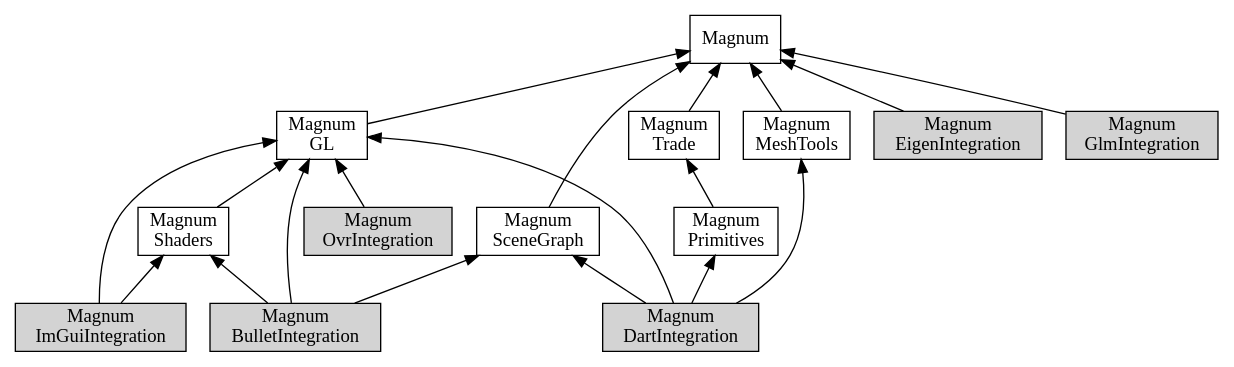
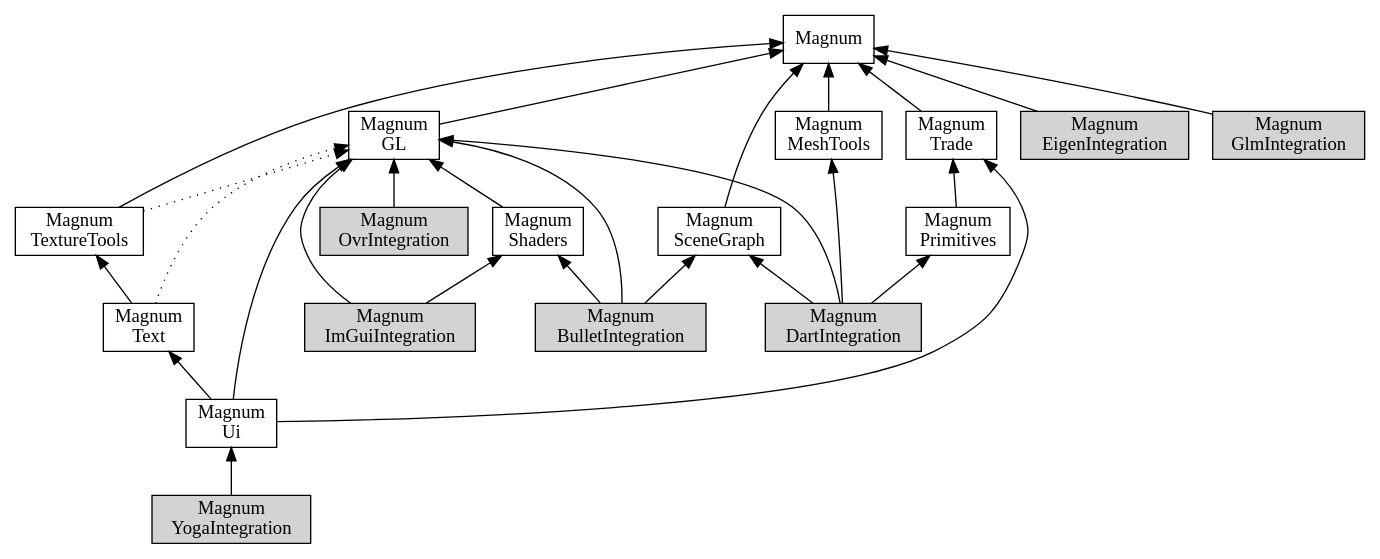
The diagram in doc/custom-buildsystems-integration-order.dot (mosra/magnum-integration), drawn with Graphviz before and after one commit. The commit also changed 23 other files, not shown here.

First line of the commit message:
YogaIntegration: new library, using Yoga as a layouter for Ui.

```diff
--- a/doc/custom-buildsystems-integration-order.dot
+++ b/doc/custom-buildsystems-integration-order.dot
@@ -1,69 +1,83 @@
 /*
     This file is part of Magnum.
 
     Copyright © 2010, 2011, 2012, 2013, 2014, 2015, 2016, 2017, 2018, 2019,
                 2020, 2021, 2022, 2023, 2024, 2025
               Vladimír Vondruš <mosra@centrum.cz>
 
     Permission is hereby granted, free of charge, to any person obtaining a
     copy of this software and associated documentation files (the "Software"),
     to deal in the Software without restriction, including without limitation
     the rights to use, copy, modify, merge, publish, distribute, sublicense,
     and/or sell copies of the Software, and to permit persons to whom the
     Software is furnished to do so, subject to the following conditions:
 
     The above copyright notice and this permission notice shall be included
     in all copies or substantial portions of the Software.
 
     THE SOFTWARE IS PROVIDED "AS IS", WITHOUT WARRANTY OF ANY KIND, EXPRESS OR
     IMPLIED, INCLUDING BUT NOT LIMITED TO THE WARRANTIES OF MERCHANTABILITY,
     FITNESS FOR A PARTICULAR PURPOSE AND NONINFRINGEMENT. IN NO EVENT SHALL
     THE AUTHORS OR COPYRIGHT HOLDERS BE LIABLE FOR ANY CLAIM, DAMAGES OR OTHER
     LIABILITY, WHETHER IN AN ACTION OF CONTRACT, TORT OR OTHERWISE, ARISING
     FROM, OUT OF OR IN CONNECTION WITH THE SOFTWARE OR THE USE OR OTHER
     DEALINGS IN THE SOFTWARE.
 */
 
 digraph "Magnum Integration dependency order" {
     rankdir=BT
     ranksep=0.5
     node [style=filled shape=rect margin="0.03,0.03"]
 
     Magnum [style=solid class="m-info"]
     MagnumGL [style=solid label="Magnum\nGL" class="m-info"]
     MagnumMeshTools [style=solid label="Magnum\nMeshTools" class="m-info"]
     MagnumPrimitives [style=solid label="Magnum\nPrimitives" class="m-info"]
     MagnumSceneGraph [style=solid label="Magnum\nSceneGraph" class="m-info"]
     MagnumShaders [style=solid label="Magnum\nShaders" class="m-info"]
     MagnumTrade [style=solid label="Magnum\nTrade" class="m-info"]
+    MagnumTextureTools [style=solid label="Magnum\nTextureTools" class="m-info"]
+    MagnumText [style=solid label="Magnum\nText" class="m-info"]
+
+    MagnumUi [style=solid label="Magnum\nUi" class="m-info"]
 
     MagnumBulletIntegration [label="Magnum\nBulletIntegration" class="m-info"]
     MagnumEigenIntegration [label="Magnum\nEigenIntegration" class="m-info"]
     MagnumDartIntegration [label="Magnum\nDartIntegration" class="m-info"]
     MagnumGlmIntegration [label="Magnum\nGlmIntegration" class="m-info"]
     MagnumImGuiIntegration [label="Magnum\nImGuiIntegration" class="m-info"]
     MagnumOvrIntegration [label="Magnum\nOvrIntegration" class="m-info"]
+    MagnumYogaIntegration [label="Magnum\nYogaIntegration" class="m-info"]
 
     MagnumGL -> Magnum [class="m-info"]
     MagnumMeshTools -> Magnum [class="m-info"]
     MagnumPrimitives -> MagnumTrade [class="m-info"]
     MagnumSceneGraph -> Magnum [class="m-info"]
     MagnumShaders -> MagnumGL [class="m-info"]
     MagnumTrade -> Magnum [class="m-info"]
+    MagnumText -> MagnumTextureTools [class="m-info"]
+    MagnumText -> MagnumGL [style=dotted class="m-info"]
+    MagnumTextureTools -> Magnum [class="m-info"]
+    MagnumTextureTools -> MagnumGL [style=dotted class="m-info"]
+
+    MagnumUi -> MagnumGL [class="m-info"]
+    MagnumUi -> MagnumText [class="m-info"]
+    MagnumUi -> MagnumTrade [class="m-info"]
 
     MagnumBulletIntegration -> MagnumGL
     MagnumBulletIntegration -> MagnumSceneGraph
     MagnumBulletIntegration -> MagnumShaders
 
     MagnumDartIntegration -> MagnumGL
     MagnumDartIntegration -> MagnumMeshTools
     MagnumDartIntegration -> MagnumPrimitives
     MagnumDartIntegration -> MagnumSceneGraph
 
     MagnumImGuiIntegration -> MagnumGL
     MagnumImGuiIntegration -> MagnumShaders
 
     MagnumEigenIntegration -> Magnum
     MagnumGlmIntegration -> Magnum
     MagnumOvrIntegration -> MagnumGL
+    MagnumYogaIntegration -> MagnumUi
 }
```
